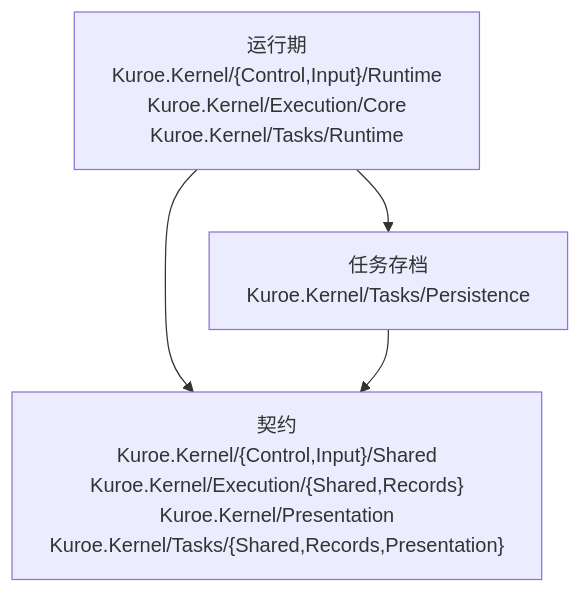
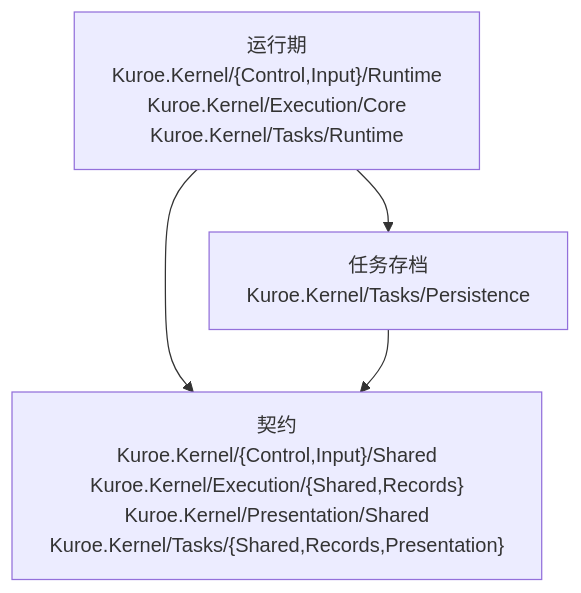
The diagram in docs/dev/architecture/functional-boundary/kernel/index.md (DrMelt/Kuroe), drawn with Mermaid before and after one commit. The commit also changed 19 other files, not shown here.

````diff
--- a/docs/dev/architecture/functional-boundary/kernel/index.md
+++ b/docs/dev/architecture/functional-boundary/kernel/index.md
@@ -5,9 +5,9 @@
 ```mermaid
 flowchart TD
     Runtime["运行期<br>Kuroe.Kernel/{Control,Input}/Runtime<br>Kuroe.Kernel/Execution/Core<br>Kuroe.Kernel/Tasks/Runtime"]
     Archive["任务存档<br>Kuroe.Kernel/Tasks/Persistence"]
-    Contracts["契约<br>Kuroe.Kernel/{Control,Input}/Shared<br>Kuroe.Kernel/Execution/{Shared,Records}<br>Kuroe.Kernel/Presentation<br>Kuroe.Kernel/Tasks/{Shared,Records,Presentation}"]
+    Contracts["契约<br>Kuroe.Kernel/{Control,Input}/Shared<br>Kuroe.Kernel/Execution/{Shared,Records}<br>Kuroe.Kernel/Presentation/Shared<br>Kuroe.Kernel/Tasks/{Shared,Records,Presentation}"]
     Runtime --> Contracts
     Runtime --> Archive
     Archive --> Contracts
 ```
````
